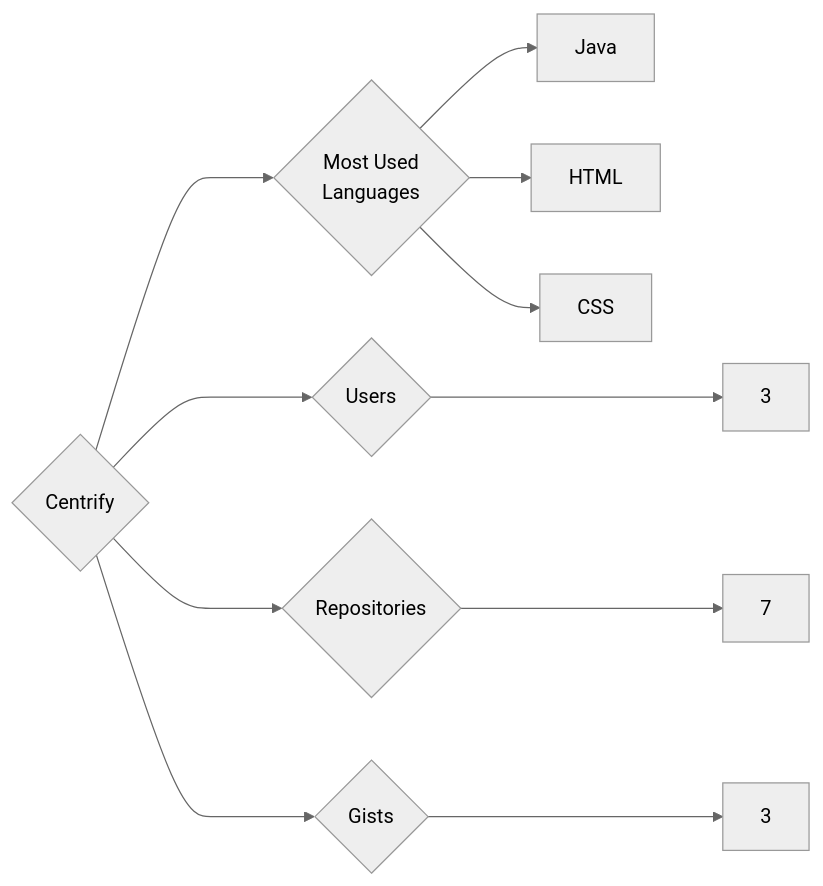
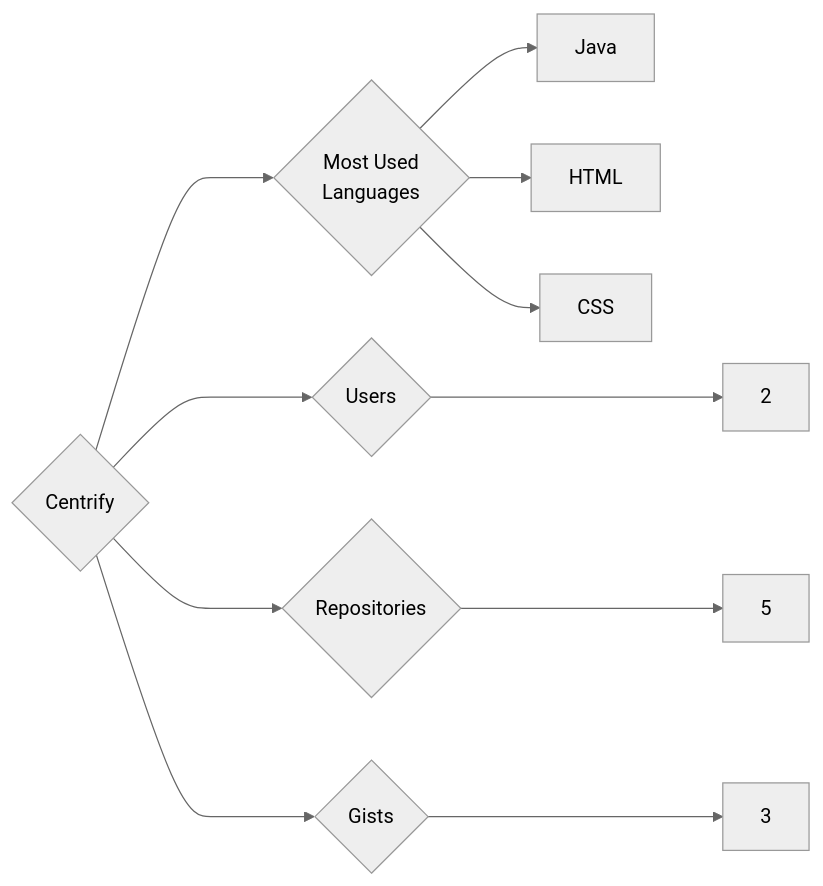
The diagram in targets/Centrify/README.md (trickest/insiders), drawn with Mermaid (neutral theme) before and after one commit. The commit also changed 873 other files, not shown here.

````diff
--- a/targets/Centrify/README.md
+++ b/targets/Centrify/README.md
@@ -3,11 +3,11 @@
 ```mermaid
 graph LR
 COMPANY_NAME{Centrify}
-COMPANY_NAME ---> U{Users} ---> UN[3]
-COMPANY_NAME ---> R{Repositories} ---> RN[7]
+COMPANY_NAME ---> U{Users} ---> UN[2]
+COMPANY_NAME ---> R{Repositories} ---> RN[5]
 COMPANY_NAME ---> G{Gists} ---> GN[3]
 COMPANY_NAME ---> ML{Most Used<br>Languages}
 ML --> Java[Java]
 ML --> HTML[HTML]
 ML --> CSS[CSS]
 ```
````
